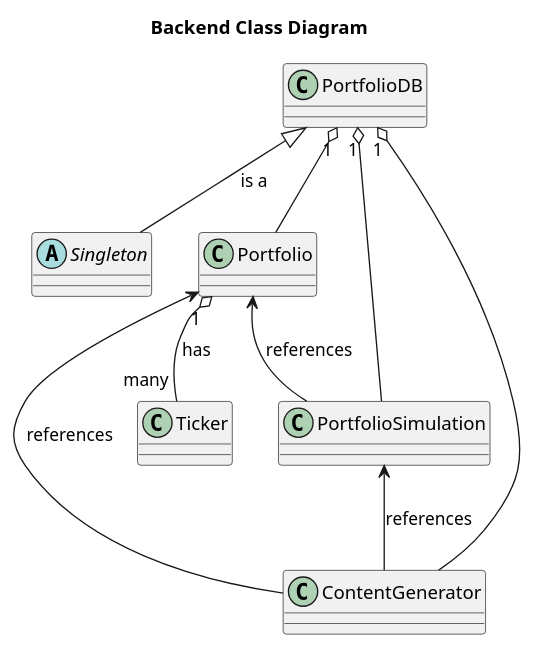
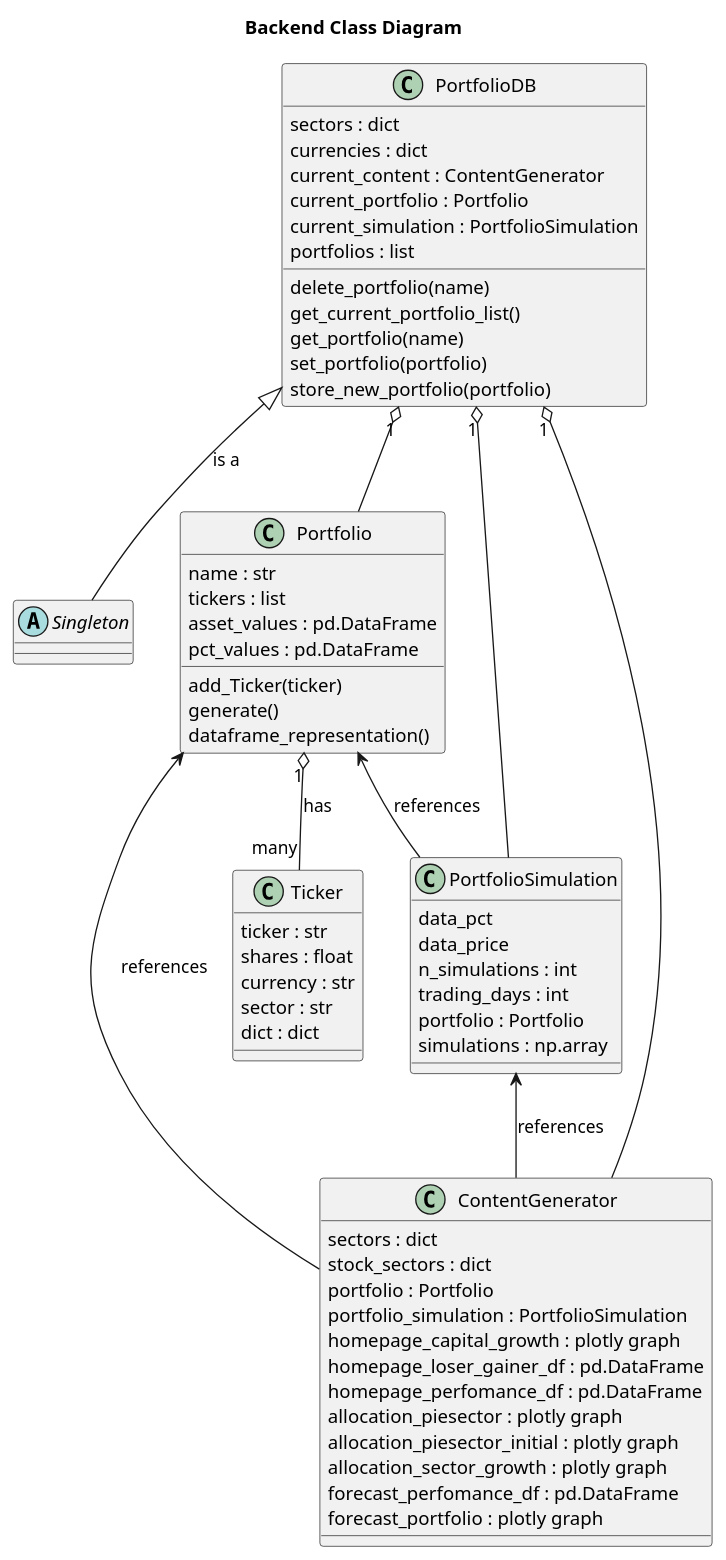
Before and after one commit to andreariba/Portfolio_app: the diagram in docs/backend_class_diagram.puml, drawn with PlantUML.

Commit message:
update class diagram

```diff
--- a/docs/backend_class_diagram.puml
+++ b/docs/backend_class_diagram.puml
@@ -1,17 +1,71 @@
 @startuml
 title "Backend Class Diagram"
+
 abstract Singleton
+
 class Ticker
+Ticker : ticker : str
+Ticker : shares : float
+Ticker : currency : str
+Ticker : sector : str
+Ticker : dict : dict
+
+
 class Portfolio
+Portfolio : name : str
+Portfolio : tickers : list
+Portfolio : asset_values : pd.DataFrame
+Portfolio : pct_values : pd.DataFrame
+Portfolio : add_Ticker(ticker)
+Portfolio : generate()
+Portfolio : dataframe_representation()
+
+
 class PortfolioSimulation
+PortfolioSimulation : data_pct
+PortfolioSimulation : data_price 
+PortfolioSimulation : n_simulations : int
+PortfolioSimulation : trading_days : int
+PortfolioSimulation : portfolio : Portfolio
+PortfolioSimulation : simulations : np.array
+
+
 class ContentGenerator
+ContentGenerator : sectors : dict
+ContentGenerator : stock_sectors : dict
+ContentGenerator : portfolio : Portfolio
+ContentGenerator : portfolio_simulation : PortfolioSimulation
+ContentGenerator : homepage_capital_growth : plotly graph
+ContentGenerator : homepage_loser_gainer_df : pd.DataFrame
+ContentGenerator : homepage_perfomance_df : pd.DataFrame
+ContentGenerator : allocation_piesector : plotly graph
+ContentGenerator : allocation_piesector_initial : plotly graph
+ContentGenerator : allocation_sector_growth : plotly graph
+ContentGenerator : forecast_perfomance_df : pd.DataFrame
+ContentGenerator : forecast_portfolio : plotly graph
+
+
 class PortfolioDB
+PortfolioDB : sectors : dict
+PortfolioDB : currencies : dict
+PortfolioDB : current_content : ContentGenerator
+PortfolioDB : current_portfolio : Portfolio
+PortfolioDB : current_simulation : PortfolioSimulation
+PortfolioDB : portfolios : list
+PortfolioDB : delete_portfolio(name)
+PortfolioDB : get_current_portfolio_list()
+PortfolioDB : get_portfolio(name)
+PortfolioDB : set_portfolio(portfolio)
+PortfolioDB : store_new_portfolio(portfolio)
+
+
 Portfolio "1" o-- "many" Ticker : has
 PortfolioDB "1" o-- Portfolio
 PortfolioDB "1" o-- PortfolioSimulation
 PortfolioDB "1" o-- ContentGenerator
 PortfolioDB <|-- Singleton : is a
 Portfolio <-- PortfolioSimulation : references
 Portfolio <-- ContentGenerator : references
 PortfolioSimulation <-- ContentGenerator : references
+
 @enduml
```
